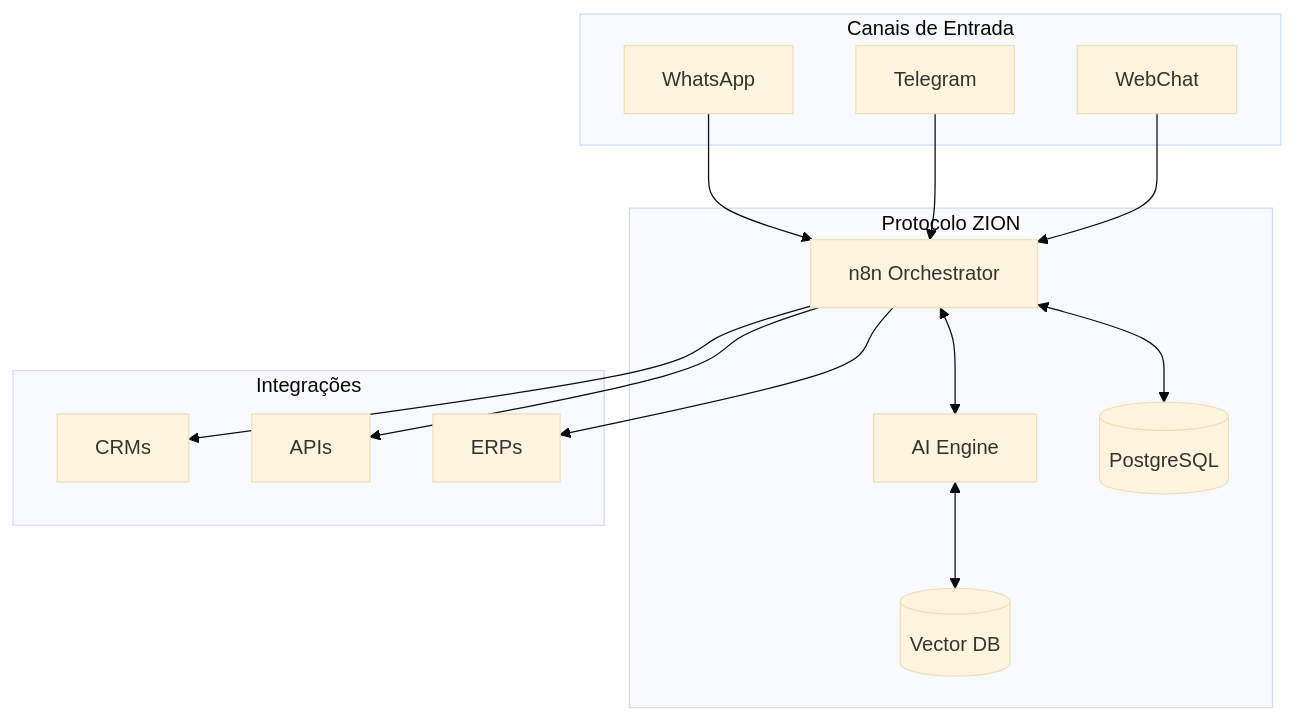
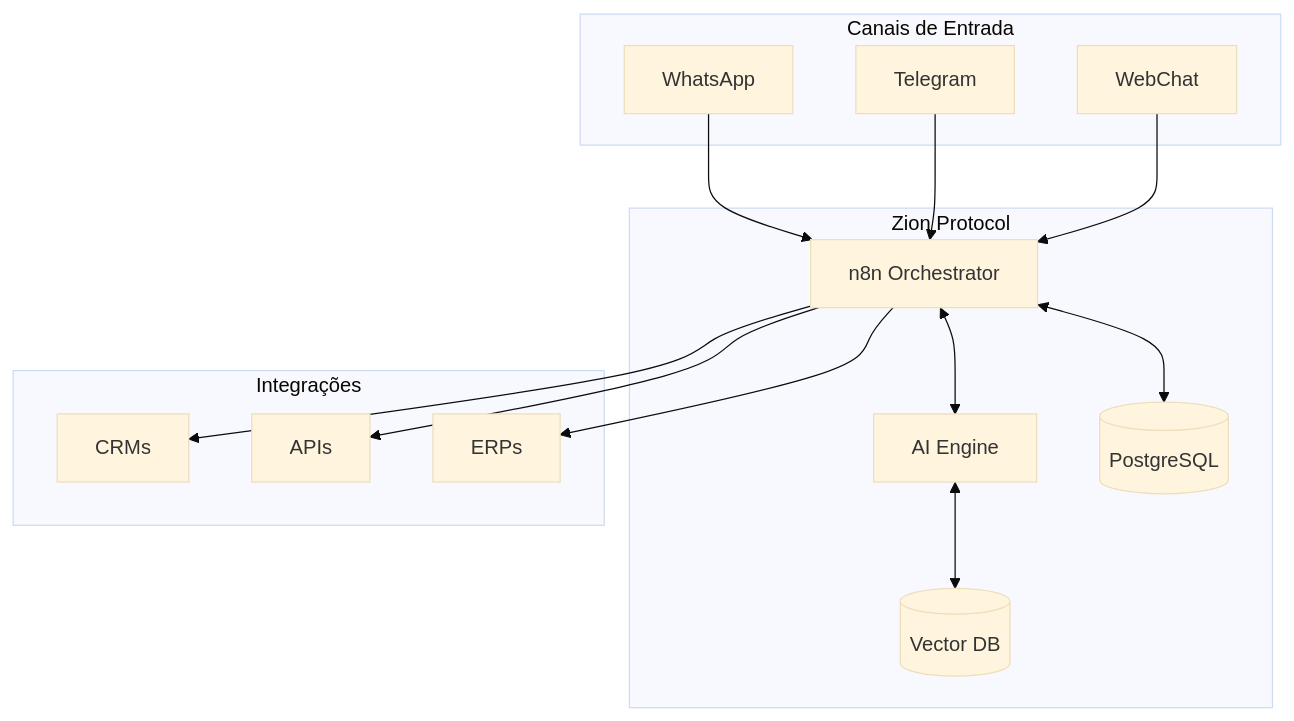
Before and after one commit to Bitfy-AI/documentacao: the diagram in README.md, drawn with Mermaid (base theme). The commit also changed other lines of this file and 20 other files, not shown here.

First line of the commit message:
refactor: atualiza protocolo Zion e reorganiza documentação

````diff
--- a/README.md
+++ b/README.md
@@ -40,27 +40,27 @@
 ```mermaid
 graph TB
     subgraph "Canais de Entrada"
         WA[WhatsApp]
         TG[Telegram]
         WC[WebChat]
     end
 
-    subgraph "Protocolo ZION"
+    subgraph "Zion Protocol"
         N[n8n Orchestrator]
         AI[AI Engine]
         DB[(PostgreSQL)]
         VDB[(Vector DB)]
     end
 
     subgraph "Integrações"
         CRM[CRMs]
         API[APIs]
         ERP[ERPs]
     end
 
     WA & TG & WC --> N
     N <--> AI
     N <--> DB
     AI <--> VDB
     N --> CRM & API & ERP
 ```
````
